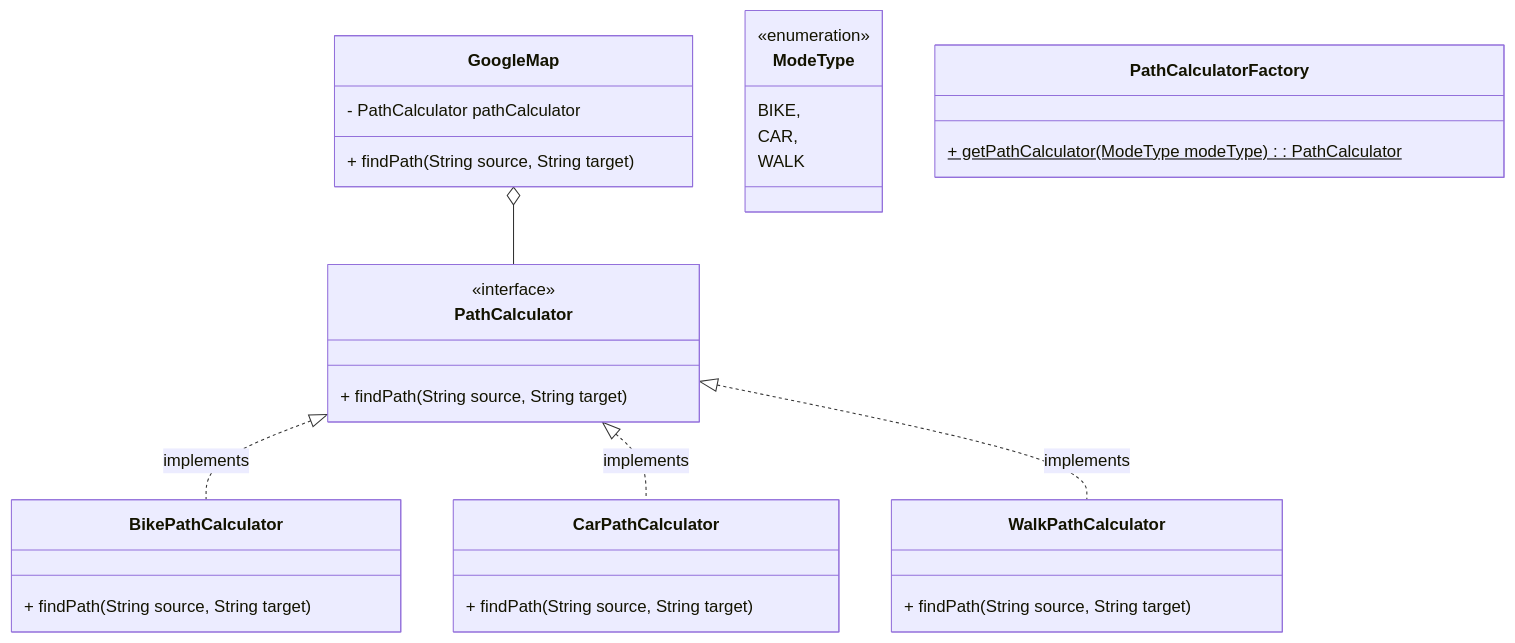
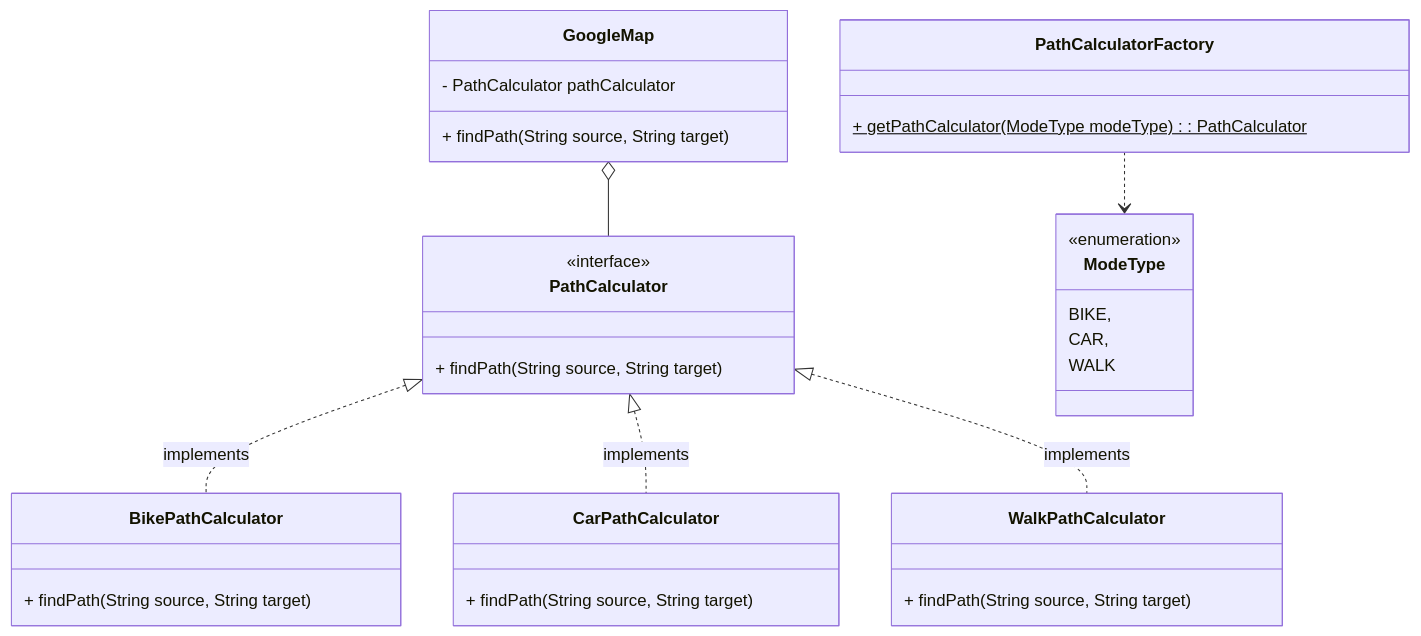
One commit to kk-engineer/lld1-130624 changed the diagram in src/main/java/in/itkaran/lld1130624/lld2/uml/Strategy.mmd. Above: the diagram before and after it, drawn with Mermaid.

Commit message:
Add dependency example to strategy pattern

```diff
--- a/src/main/java/in/itkaran/lld1130624/lld2/uml/Strategy.mmd
+++ b/src/main/java/in/itkaran/lld1130624/lld2/uml/Strategy.mmd
@@ -1,39 +1,41 @@
 classDiagram
     class GoogleMap {
         - PathCalculator pathCalculator
         + findPath(String source, String target)
     }
 
     class PathCalculator {
         <<interface>>
         + findPath(String source, String target)
     }
 
     GoogleMap o-- PathCalculator
 
     class BikePathCalculator {
         + findPath(String source, String target)
     }
 
     class CarPathCalculator {
         + findPath(String source, String target)
     }
 
     class WalkPathCalculator {
         + findPath(String source, String target)
     }
 
     PathCalculator <|.. BikePathCalculator : implements
     PathCalculator <|.. CarPathCalculator : implements
     PathCalculator <|.. WalkPathCalculator : implements
 
     class ModeType {
         <<enumeration>>
         BIKE,
         CAR,
         WALK
     }
 
     class PathCalculatorFactory {
         + getPathCalculator(ModeType modeType): PathCalculator $
     }
+
+    PathCalculatorFactory ..> ModeType
```
